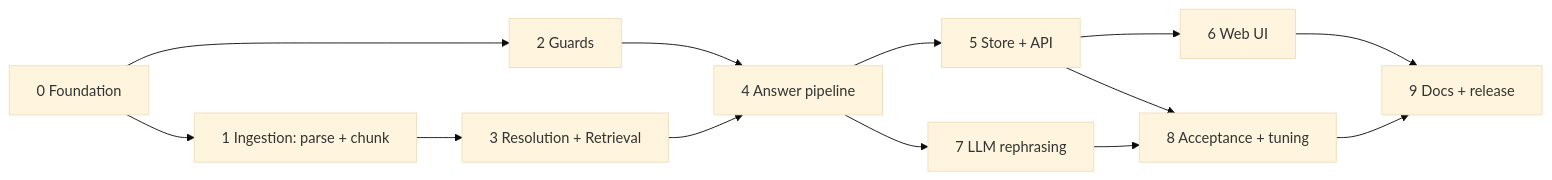
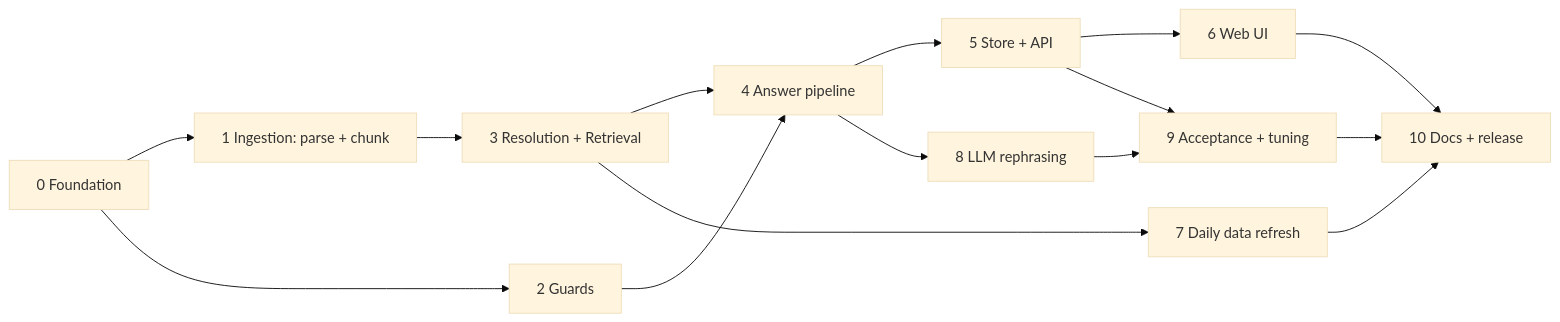
Before and after one commit to fxdarshan/02-BoloSIP: the diagram in Doc/Implementation-plan.md, drawn with Mermaid (base theme). The commit also changed other lines of this file and 15 other files, not shown here.

First line of the commit message:
Plan: new Phase 7, scheduled daily data refresh with GitHub Actions at 10:00 IST

````diff
--- a/Doc/Implementation-plan.md
+++ b/Doc/Implementation-plan.md
@@ -56,15 +58,17 @@
 ```mermaid
 flowchart LR
     P0[0 Foundation] --> P1[1 Ingestion: parse + chunk]
     P0 --> P2[2 Guards]
     P1 --> P3[3 Resolution + Retrieval]
     P2 --> P4[4 Answer pipeline]
     P3 --> P4
     P4 --> P5[5 Store + API]
-    P4 --> P7[7 LLM rephrasing]
+    P3 --> P7[7 Daily data refresh]
+    P4 --> P8[8 LLM rephrasing]
     P5 --> P6[6 Web UI]
-    P5 --> P8[8 Acceptance + tuning]
-    P7 --> P8
-    P6 --> P9[9 Docs + release]
+    P5 --> P9[9 Acceptance + tuning]
     P8 --> P9
+    P6 --> P10[10 Docs + release]
+    P7 --> P10
+    P9 --> P10
 ```
````
